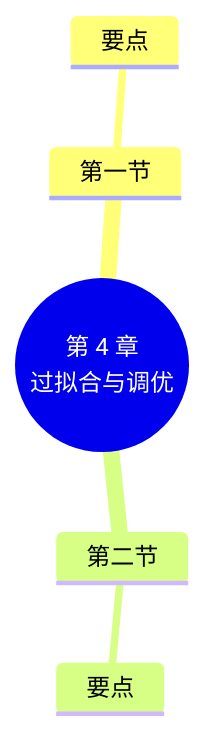
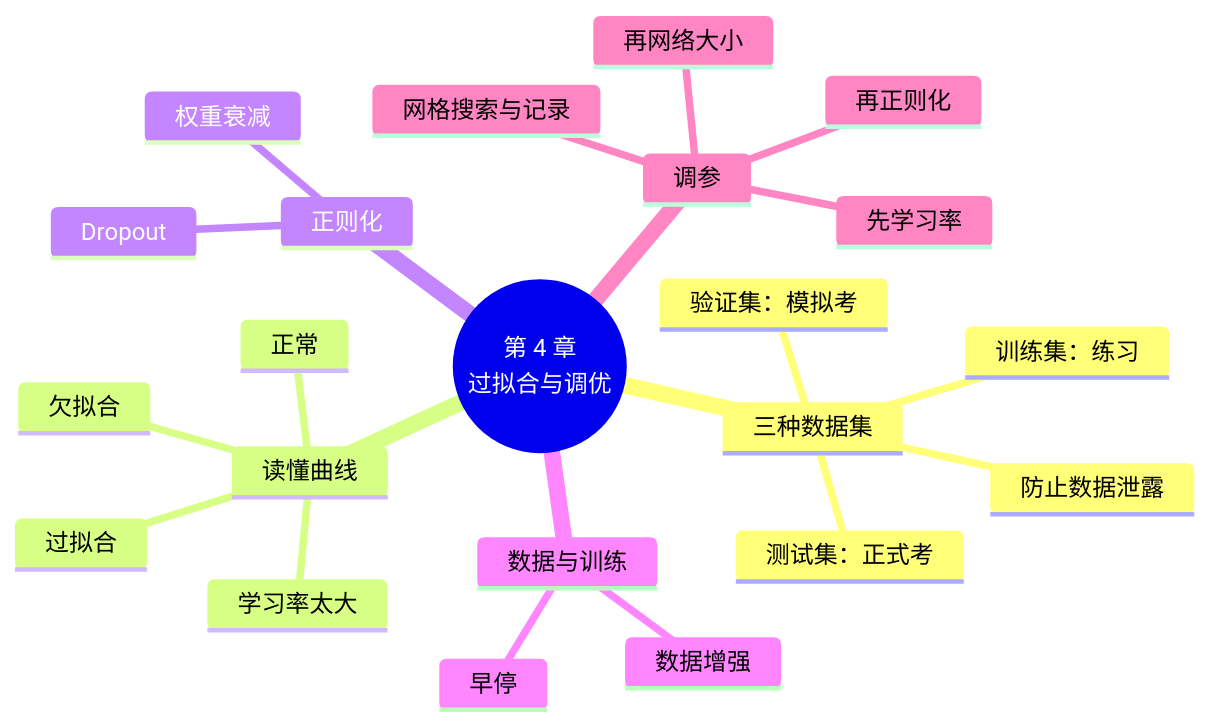
Before and after one commit to MingziFu9/dl-textbook: the diagram in docs/chapters/04-generalization/index.md, drawn with Mermaid. The commit also changed other lines of this file and 6 other files, not shown here.

````diff
--- a/docs/chapters/04-generalization/index.md
+++ b/docs/chapters/04-generalization/index.md
@@ -188,8 +508,25 @@
 ```mermaid
 mindmap
   root((第 4 章<br/>过拟合与调优))
-    第一节
-      要点
-    第二节
-      要点
+    三种数据集
+      训练集：练习
+      验证集：模拟考
+      测试集：正式考
+      防止数据泄露
+    读懂曲线
+      欠拟合
+      过拟合
+      学习率太大
+      正常
+    正则化
+      Dropout
+      权重衰减
+    数据与训练
+      数据增强
+      早停
+    调参
+      先学习率
+      再网络大小
+      再正则化
+      网格搜索与记录
 ```
````
